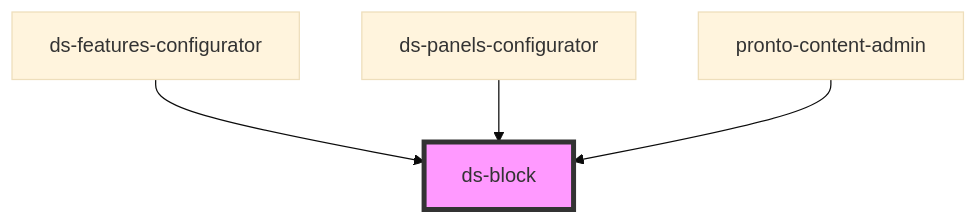
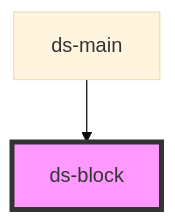
The diagram in components/core/block/readme.md (jezoock/dot-stash), drawn with Mermaid (base theme) before and after one commit. The commit also changed other lines of this file and 33 other files, not shown here.

````diff
--- a/components/core/block/readme.md
+++ b/components/core/block/readme.md
@@ -43,7 +42,5 @@
 ```mermaid
 graph TD;
-  ds-features-configurator --> ds-block
-  ds-panels-configurator --> ds-block
-  pronto-content-admin --> ds-block
+  ds-main --> ds-block
   style ds-block fill:#f9f,stroke:#333,stroke-width:4px
 ```
````
